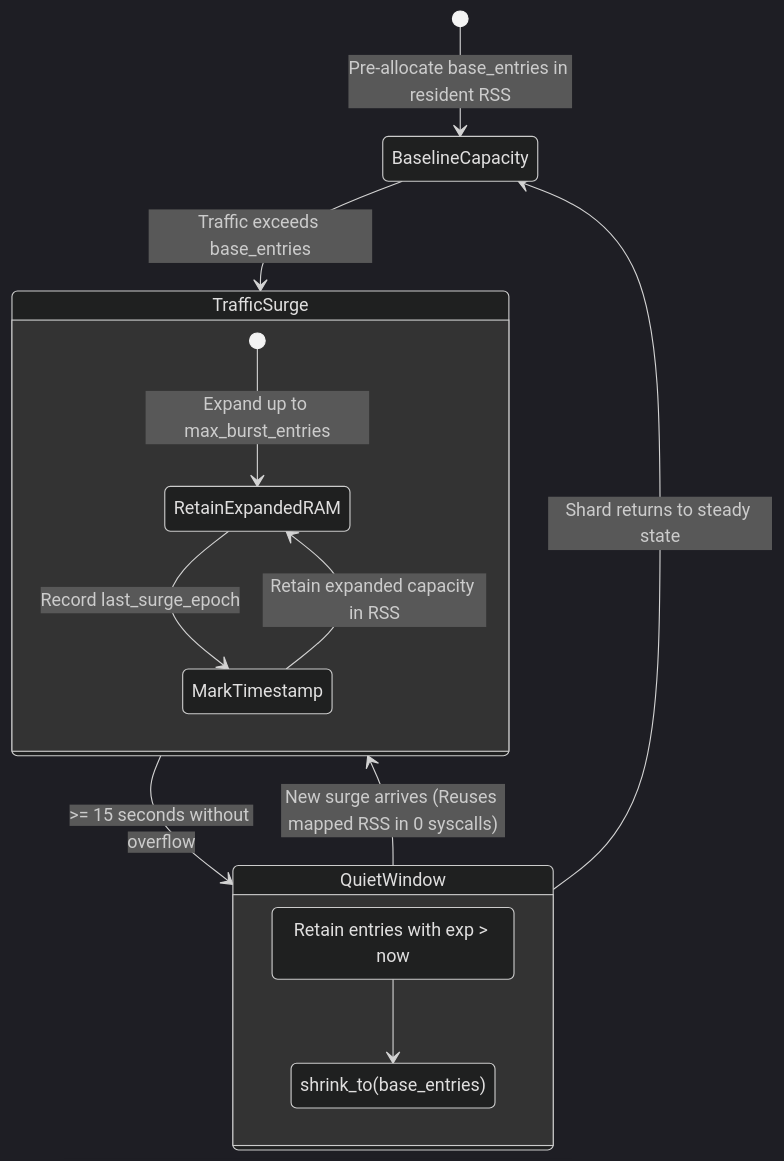
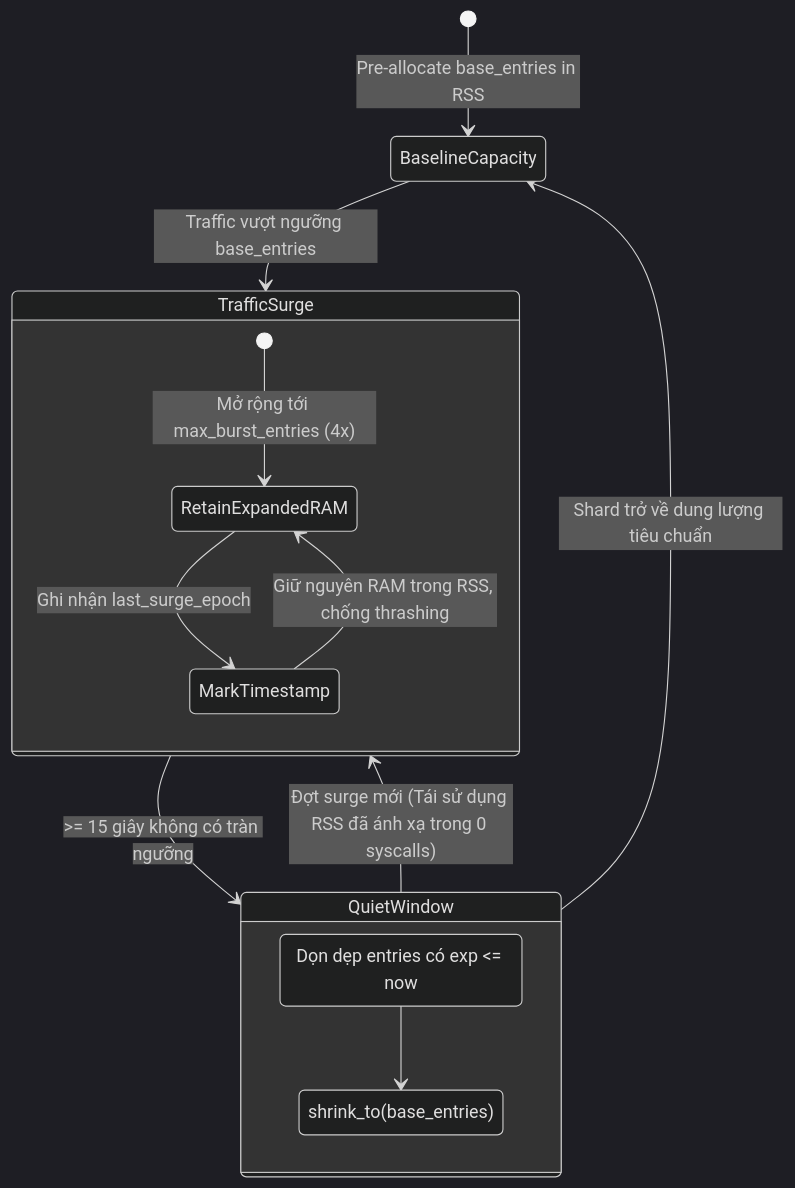
One commit to phucle996/aurora-api-gateway changed the second of 2 diagrams in crates/extensions/src/jwt/ARCHITECTURE.md. Above: the diagram before and after it, drawn with Mermaid (dark theme). The commit also changed other lines of this file and 221 other files, not shown here.

````diff
--- a/crates/extensions/src/jwt/ARCHITECTURE.md
+++ b/crates/extensions/src/jwt/ARCHITECTURE.md
@@ -240,21 +242,21 @@
 ```mermaid
 stateDiagram-v2
-    [*] --> BaselineCapacity: Pre-allocate base_entries in resident RSS
+    [*] --> BaselineCapacity: Pre-allocate base_entries in RSS
 
-    BaselineCapacity --> TrafficSurge: Traffic exceeds base_entries
+    BaselineCapacity --> TrafficSurge: Traffic vượt ngưỡng base_entries
     state TrafficSurge {
-        [*] --> RetainExpandedRAM: Expand up to max_burst_entries
-        RetainExpandedRAM --> MarkTimestamp: Record last_surge_epoch
-        MarkTimestamp --> RetainExpandedRAM: Retain expanded capacity in RSS
+        [*] --> RetainExpandedRAM: Mở rộng tới max_burst_entries (4x)
+        RetainExpandedRAM --> MarkTimestamp: Ghi nhận last_surge_epoch
+        MarkTimestamp --> RetainExpandedRAM: Giữ nguyên RAM trong RSS, chống thrashing
     }
 
-    TrafficSurge --> QuietWindow: >= 15 seconds without overflow
+    TrafficSurge --> QuietWindow: >= 15 giây không có tràn ngưỡng
     state QuietWindow {
-        PruneExpired: Retain entries with exp > now
+        PruneExpired: Dọn dẹp entries có exp <= now
         ShrinkToBaseline: shrink_to(base_entries)
         PruneExpired --> ShrinkToBaseline
     }
 
-    QuietWindow --> BaselineCapacity: Shard returns to steady state
-    QuietWindow --> TrafficSurge: New surge arrives (Reuses mapped RSS in 0 syscalls)
+    QuietWindow --> BaselineCapacity: Shard trở về dung lượng tiêu chuẩn
+    QuietWindow --> TrafficSurge: Đợt surge mới (Tái sử dụng RSS đã ánh xạ trong 0 syscalls)
 ```
````
